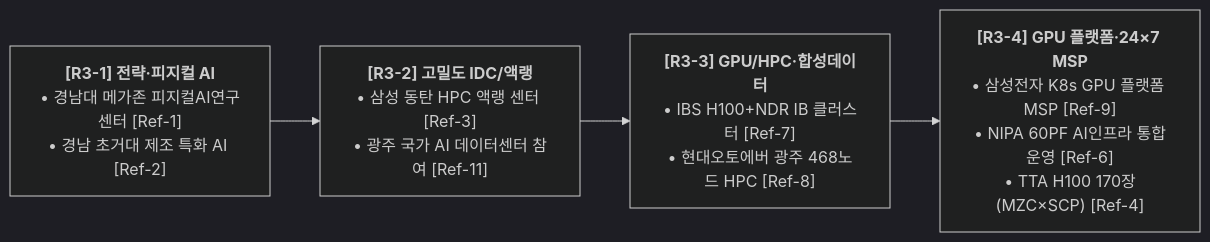
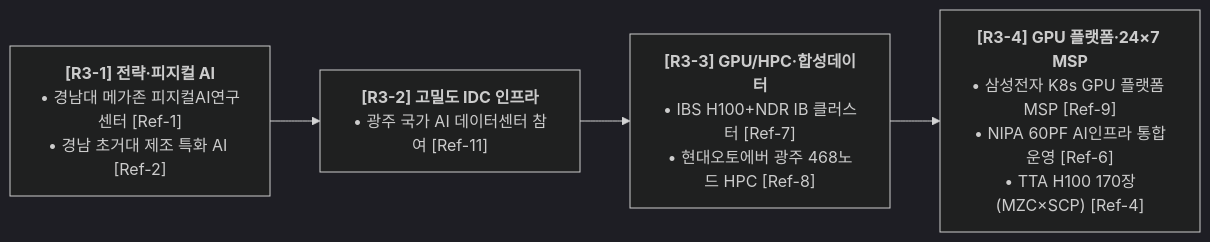
The fifth of 9 diagrams in docs/akamai_ncp/wonik_ax_center/wonik_robotics_ax_center_proposal.md (kesperinc/aifullstack_issu), drawn with Mermaid (dark theme) before and after one commit. The commit also changed other lines of this file and 24 other files, not shown here.

````diff
--- a/docs/akamai_ncp/wonik_ax_center/wonik_robotics_ax_center_proposal.md
+++ b/docs/akamai_ncp/wonik_ax_center/wonik_robotics_ax_center_proposal.md
@@ -259,6 +259,6 @@
 ```mermaid
 flowchart LR
-    R3_1["<b>[R3-1] 전략·피지컬 AI</b><br/>• 경남대 메가존 피지컬AI연구센터 [Ref-1]<br/>• 경남 초거대 제조 특화 AI [Ref-2]"] --> R3_2["<b>[R3-2] 고밀도 IDC/액랭</b><br/>• 삼성 동탄 HPC 액랭 센터 [Ref-3]<br/>• 광주 국가 AI 데이터센터 참여 [Ref-11]"]
+    R3_1["<b>[R3-1] 전략·피지컬 AI</b><br/>• 경남대 메가존 피지컬AI연구센터 [Ref-1]<br/>• 경남 초거대 제조 특화 AI [Ref-2]"] --> R3_2["<b>[R3-2] 고밀도 IDC 인프라</b><br/>• 광주 국가 AI 데이터센터 참여 [Ref-11]"]
     R3_2 --> R3_3["<b>[R3-3] GPU/HPC·합성데이터</b><br/>• IBS H100+NDR IB 클러스터 [Ref-7]<br/>• 현대오토에버 광주 468노드 HPC [Ref-8]"]
     R3_3 --> R3_4["<b>[R3-4] GPU 플랫폼·24×7 MSP</b><br/>• 삼성전자 K8s GPU 플랫폼 MSP [Ref-9]<br/>• NIPA 60PF AI인프라 통합운영 [Ref-6]<br/>• TTA H100 170장(MZC×SCP) [Ref-4]"]
 ```
````
